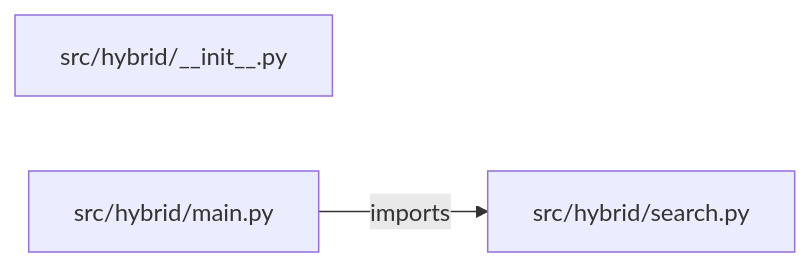
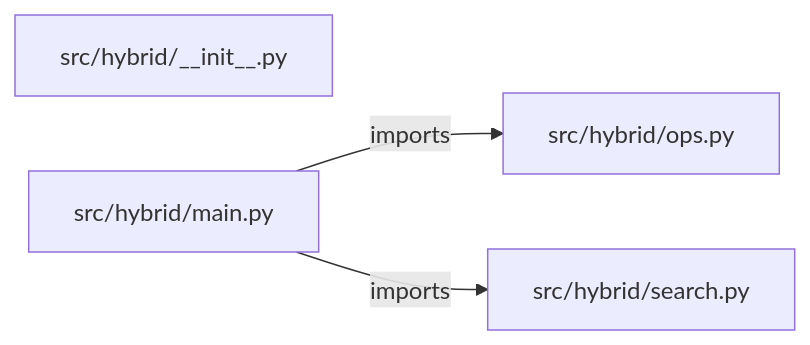
One commit to iarsingh/hybrid-search-rag changed the diagram in PROJECT_ARCHITECTURE.md. Above: the diagram before and after it, drawn with Mermaid. The commit also changed other lines of this file and 2 other files, not shown here.

Commit message:
Refresh architecture and interview guides from current implementation

````diff
--- a/PROJECT_ARCHITECTURE.md
+++ b/PROJECT_ARCHITECTURE.md
@@ -13,7 +13,9 @@
 ```mermaid
 flowchart LR
     M0["src/hybrid/__init__.py"]
     M1["src/hybrid/main.py"]
-    M2["src/hybrid/search.py"]
+    M2["src/hybrid/ops.py"]
+    M3["src/hybrid/search.py"]
     M1 -->|imports| M2
+    M1 -->|imports| M3
 ```
````
